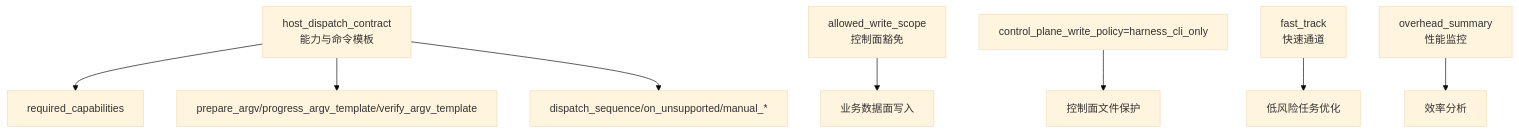
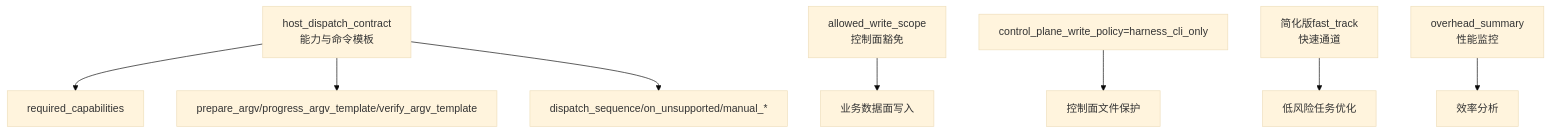
The tenth of 11 diagrams in .qoder/repowiki/zh/content/核心概念/后台任务模型/后台任务模型.md (HackSing/docs-harness), drawn with Mermaid (base theme) before and after one commit. The commit also changed other lines of this file and 27 other files, not shown here.

````diff
--- a/.qoder/repowiki/zh/content/核心概念/后台任务模型/后台任务模型.md
+++ b/.qoder/repowiki/zh/content/核心概念/后台任务模型/后台任务模型.md
@@ -446,10 +451,10 @@
 ```mermaid
 graph TB
 A["host_dispatch_contract<br/>能力与命令模板"] --> B["required_capabilities"]
 A --> C["prepare_argv/progress_argv_template/verify_argv_template"]
 A --> D["dispatch_sequence/on_unsupported/manual_*"]
 E["allowed_write_scope<br/>控制面豁免"] --> F["业务数据面写入"]
 G["control_plane_write_policy=harness_cli_only"] --> H["控制面文件保护"]
-I["fast_track<br/>快速通道"] --> J["低风险任务优化"]
+I["简化版fast_track<br/>快速通道"] --> J["低风险任务优化"]
 K["overhead_summary<br/>性能监控"] --> L["效率分析"]
 ```
````
